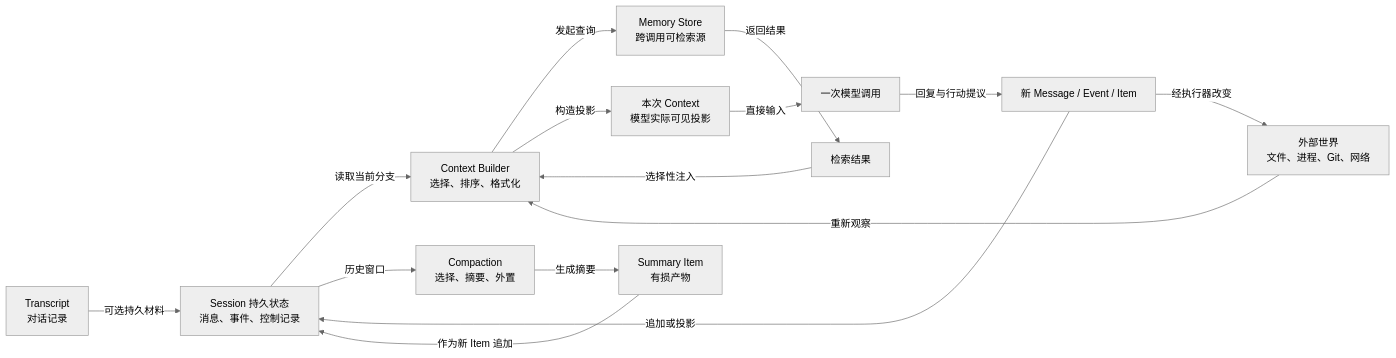
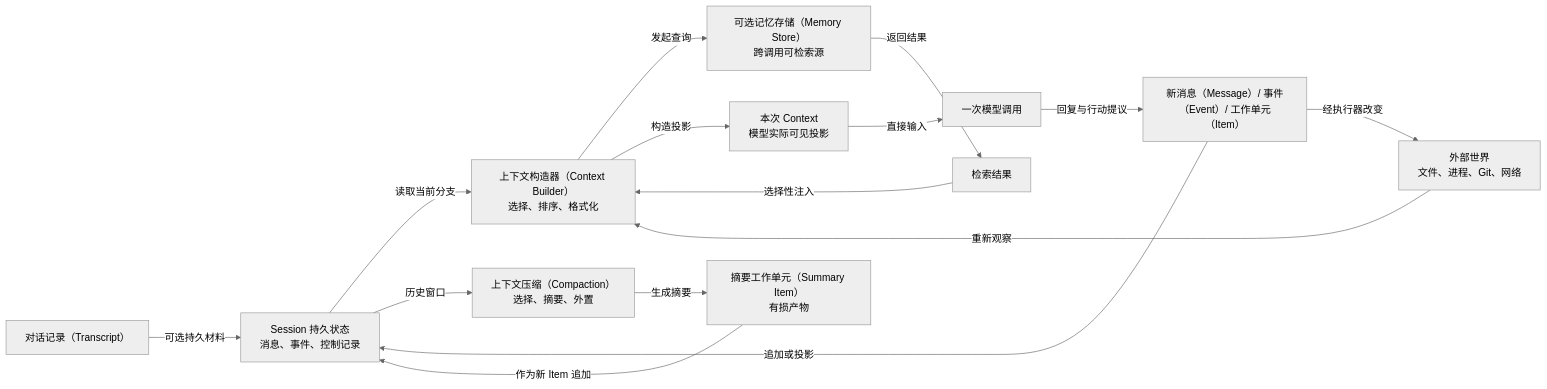
Before and after one commit to specialpointcentral/harness: the second of 2 diagrams in docs/harness-survey/04_reference_architecture.md, drawn with Mermaid (neutral theme). The commit also changed other lines of this file and 7 other files, not shown here.

````diff
--- a/docs/harness-survey/04_reference_architecture.md
+++ b/docs/harness-survey/04_reference_architecture.md
@@ -97,29 +97,29 @@
 ```mermaid
 flowchart LR
   H[Session 持久状态<br/>消息、事件、控制记录]
-  T[Transcript<br/>对话记录]
-  B[Context Builder<br/>选择、排序、格式化]
+  T[对话记录（Transcript）]
+  B[上下文构造器（Context Builder）<br/>选择、排序、格式化]
   C[本次 Context<br/>模型实际可见投影]
   L[一次模型调用]
-  N[新 Message / Event / Item]
-  K[Memory Store<br/>跨调用可检索源]
+  N[新消息（Message）/ 事件（Event）/ 工作单元（Item）]
+  K[可选记忆存储（Memory Store）<br/>跨调用可检索源]
   Q[检索结果]
-  P[Compaction<br/>选择、摘要、外置]
-  S[Summary Item<br/>有损产物]
+  P[上下文压缩（Compaction）<br/>选择、摘要、外置]
+  S[摘要工作单元（Summary Item）<br/>有损产物]
   W[外部世界<br/>文件、进程、Git、网络]
 
   T -->|可选持久材料| H
   H -->|读取当前分支| B
   B -->|发起查询| K
   K -->|返回结果| Q
   Q -->|选择性注入| B
   B -->|构造投影| C
   C -->|直接输入| L
   L -->|回复与行动提议| N
   N -->|追加或投影| H
   H -->|历史窗口| P
   P -->|生成摘要| S
   S -->|作为新 Item 追加| H
   N -->|经执行器改变| W
   W -->|重新观察| B
 ```
````
